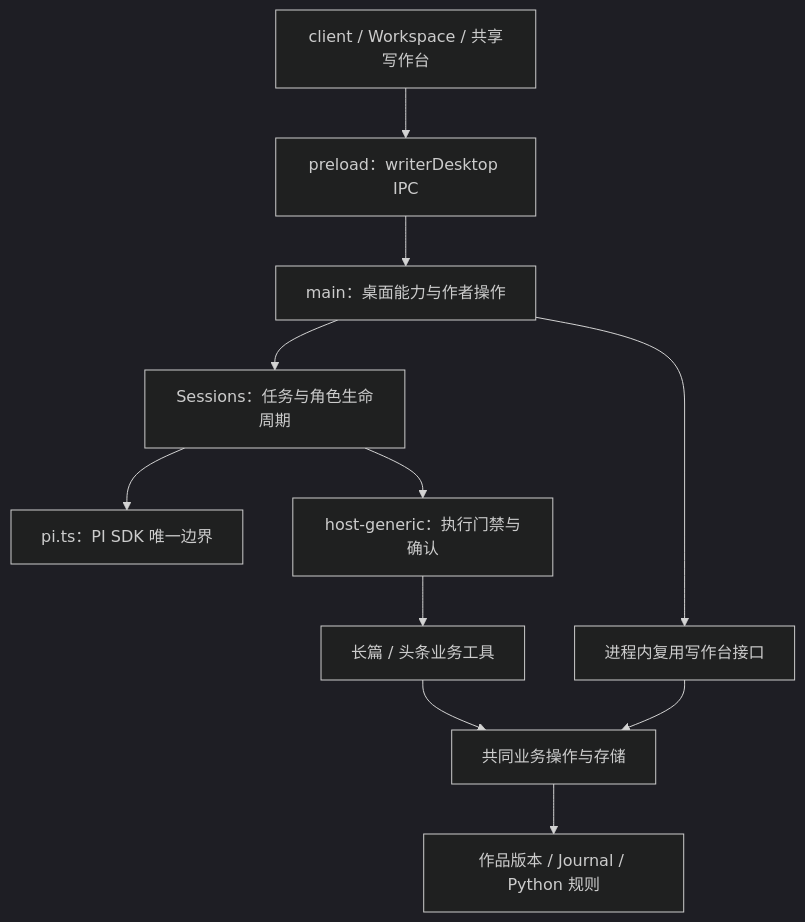
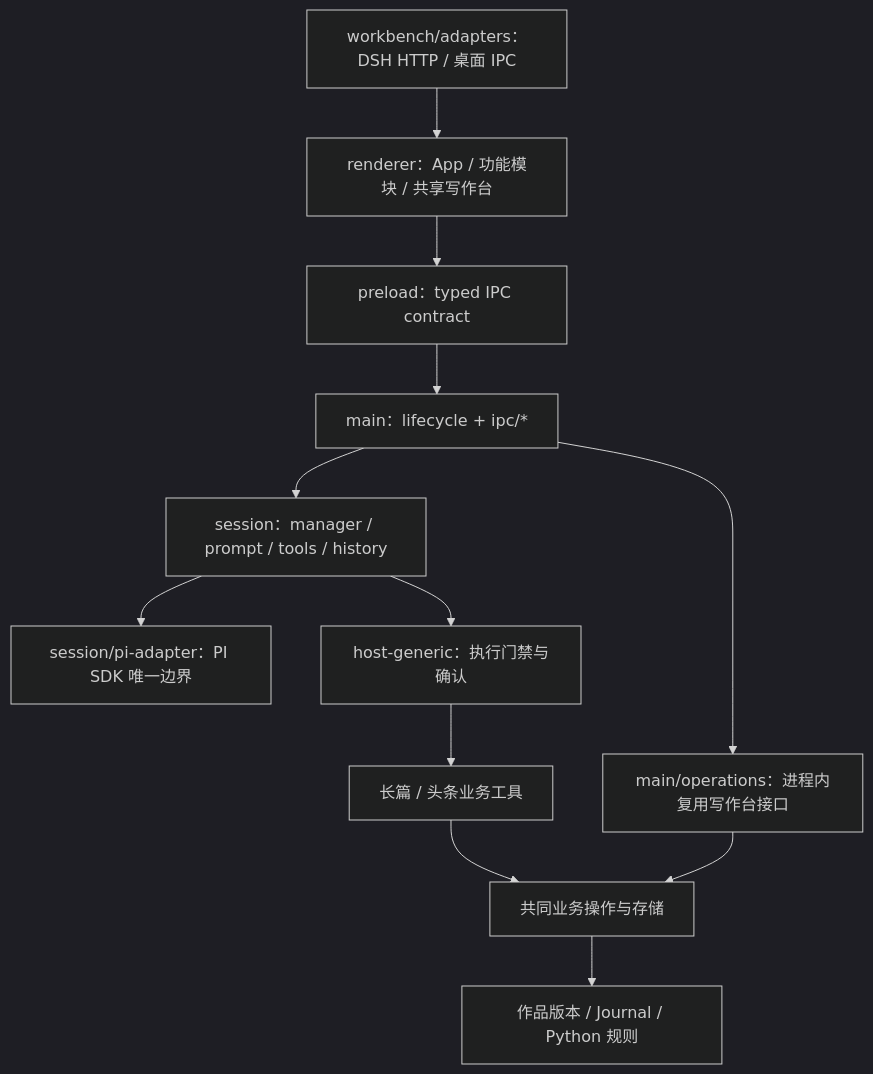
The first of 2 diagrams in docs/ARCHITECTURE.md (ouzx6696-cmyk/dsh-zhizhang), drawn with Mermaid (dark theme) before and after one commit. The commit also changed other lines of this file and 18 other files, not shown here.

````diff
--- a/docs/ARCHITECTURE.md
+++ b/docs/ARCHITECTURE.md
@@ -7,13 +7,14 @@
 ```mermaid
 flowchart TD
-  UI[client / Workspace / 共享写作台] --> P[preload：writerDesktop IPC]
-  P --> M[main：桌面能力与作者操作]
-  M --> S[Sessions：任务与角色生命周期]
-  S --> PI[pi.ts：PI SDK 唯一边界]
+  UI[renderer：App / 功能模块 / 共享写作台] --> P[preload：typed IPC contract]
+  P --> M[main：lifecycle + ipc/*]
+  M --> S[session：manager / prompt / tools / history]
+  S --> PI[session/pi-adapter：PI SDK 唯一边界]
   S --> E[host-generic：执行门禁与确认]
   E --> T[长篇 / 头条业务工具]
-  M --> A[进程内复用写作台接口]
+  M --> A[main/operations：进程内复用写作台接口]
   T --> B[共同业务操作与存储]
   A --> B
   B --> D[作品版本 / Journal / Python 规则]
+  WB[workbench/adapters：DSH HTTP / 桌面 IPC] --> UI
 ```
````
